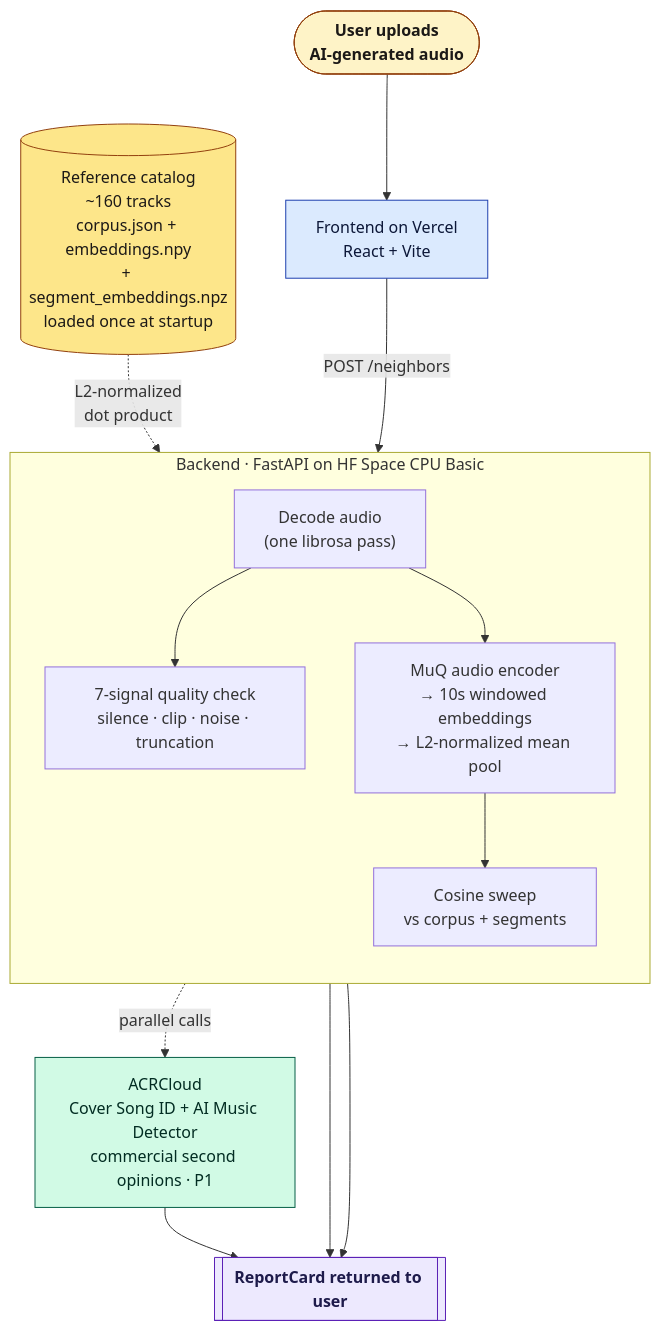
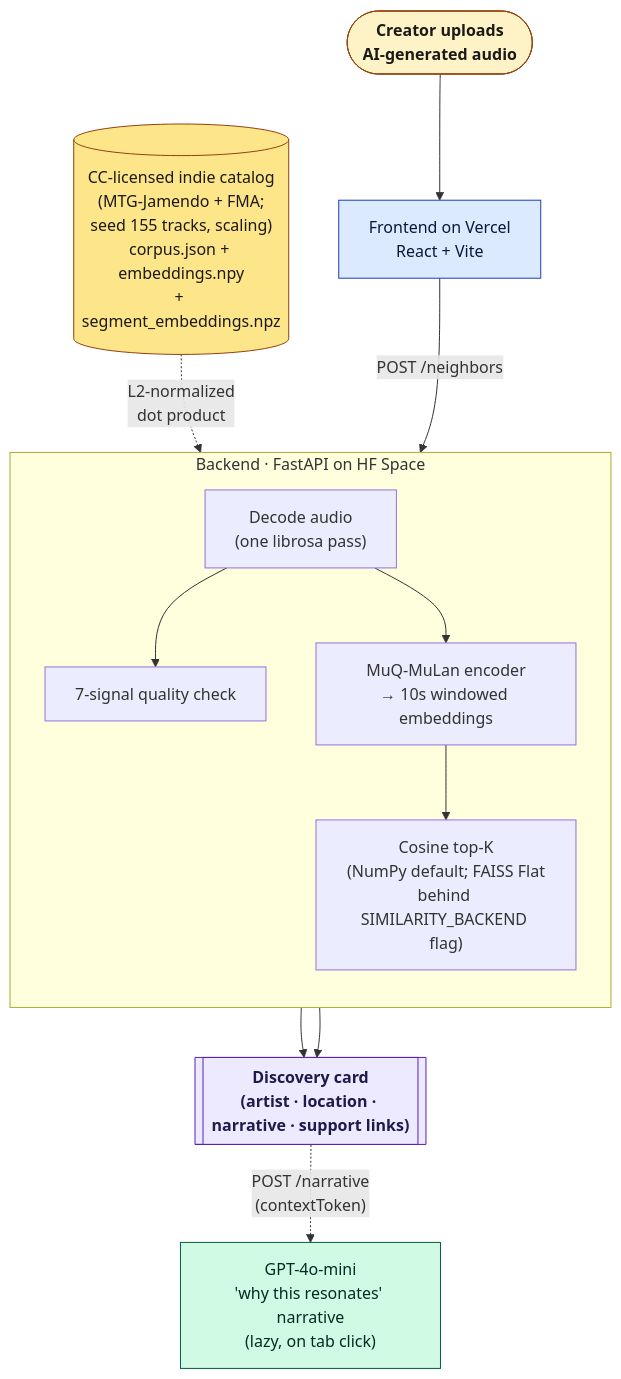
The diagram in README.md (RajatA98/Dundo), drawn with Mermaid before and after one commit. The commit also changed other lines of this file and 22 other files, not shown here.

````diff
--- a/README.md
+++ b/README.md
@@ -49,32 +52,31 @@
 ```mermaid
 flowchart TB
-    USER([User uploads<br/>AI-generated audio]):::userNode
+    USER([Creator uploads<br/>AI-generated audio]):::userNode
     USER --> FE
     FE["Frontend on Vercel<br/>React + Vite"]:::feNode
     FE -->|"POST /neighbors"| BE
 
-    subgraph BE ["Backend · FastAPI on HF Space CPU Basic"]
+    subgraph BE ["Backend · FastAPI on HF Space"]
         direction TB
         DEC["Decode audio<br/>(one librosa pass)"]
-        DEC --> QUAL["7-signal quality check<br/>silence · clip · noise · truncation"]
-        DEC --> MuQ["MuQ audio encoder<br/>→ 10s windowed embeddings<br/>→ L2-normalized mean pool"]
-        MuQ --> COS["Cosine sweep<br/>vs corpus + segments"]
+        DEC --> QUAL["7-signal quality check"]
+        DEC --> MuQ["MuQ-MuLan encoder<br/>→ 10s windowed embeddings"]
+        MuQ --> COS["Cosine top-K<br/>(NumPy default; FAISS Flat<br/>behind SIMILARITY_BACKEND flag)"]
     end
 
-    CAT[("Reference catalog<br/>~160 tracks<br/>corpus.json + embeddings.npy<br/>+ segment_embeddings.npz<br/>loaded once at startup")]:::catNode
+    CAT[("CC-licensed indie catalog<br/>(MTG-Jamendo + FMA;<br/>seed 155 tracks, scaling)<br/>corpus.json + embeddings.npy<br/>+ segment_embeddings.npz")]:::catNode
     CAT -.->|"L2-normalized<br/>dot product"| COS
 
-    ACR["ACRCloud<br/>Cover Song ID + AI Music Detector<br/>commercial second opinions · P1"]:::extNode
-    MuQ -.->|"parallel calls"| ACR
+    COS --> RPT
+    QUAL --> RPT
+    RPT[["Discovery card<br/>(artist · location · narrative · support links)"]]:::reportNode
 
-    COS --> RPT
-    ACR --> RPT
-    QUAL --> RPT
-    RPT[["ReportCard returned to user"]]:::reportNode
+    LLM["GPT-4o-mini<br/>'why this resonates' narrative<br/>(lazy, on tab click)"]:::extNode
+    RPT -.->|"POST /narrative<br/>(contextToken)"| LLM
 
     classDef userNode fill:#fef3c7,stroke:#92400e,color:#1c1917,font-weight:bold
     classDef feNode fill:#dbeafe,stroke:#1e40af,color:#0c1738
     classDef catNode fill:#fde68a,stroke:#92400e,color:#1c1917
     classDef extNode fill:#d1fae5,stroke:#065f46,color:#022c22
     classDef reportNode fill:#ede9fe,stroke:#5b21b6,color:#1e1b4b,font-weight:bold
 ```
````
